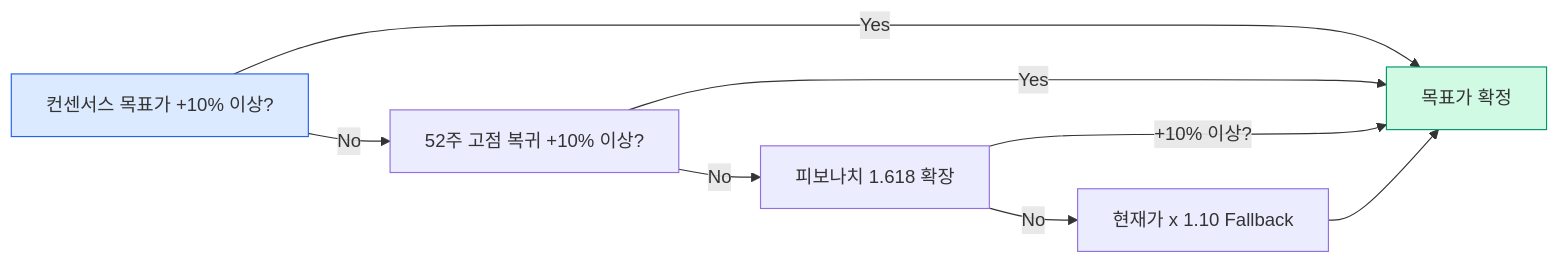
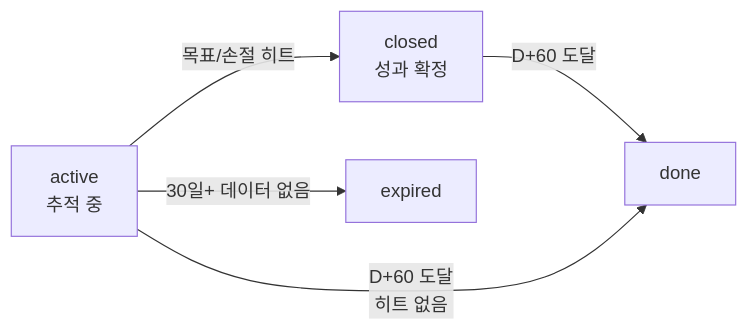
Before and after one commit to izzyLim/BIP-Pipeline: the seventh of 9 diagrams in docs/stock_screener_architecture.md, drawn with Mermaid. The commit also changed other lines of this file and 1 other file, not shown here.

````diff
--- a/docs/stock_screener_architecture.md
+++ b/docs/stock_screener_architecture.md
@@ -138,12 +373,7 @@
 ```mermaid
-graph LR
-A[컨센서스 목표가 +10% 이상?] -->|Yes| Z[목표가 확정]
-    A -->|No| B[52주 고점 복귀 +10% 이상?]
-    B -->|Yes| Z
-    B -->|No| C[피보나치 1.618 확장]
-    C -->|+10% 이상?| Z
-    C -->|No| D[현재가 x 1.10 Fallback]
-    D --> Z
-    style A fill:#dbeafe,stroke:#2563eb
-    style Z fill:#d1fae5,stroke:#059669
+flowchart LR
+    A[active<br/>추적 중] -->|목표/손절 히트| B[closed<br/>성과 확정]
+    B -->|D+60 도달| D[done]
+    A -->|D+60 도달<br/>히트 없음| D
+    A -->|30일+ 데이터 없음| E[expired]
 ```
````
